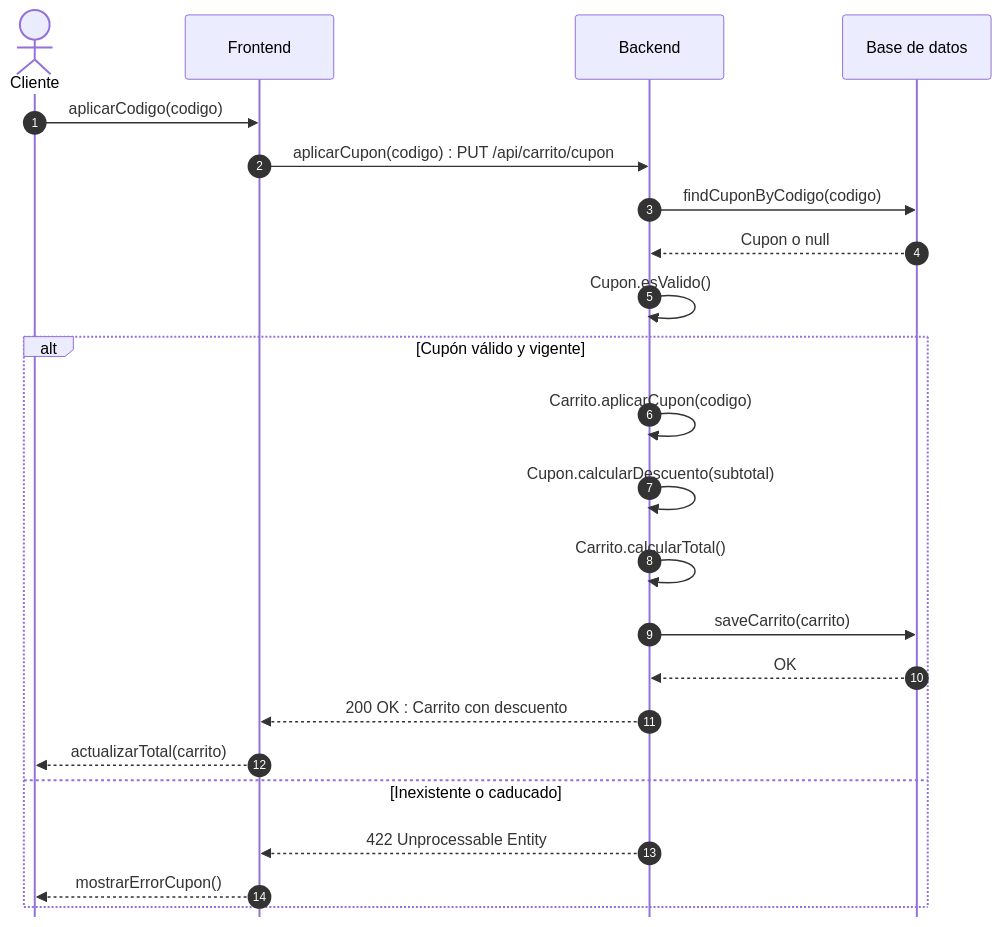
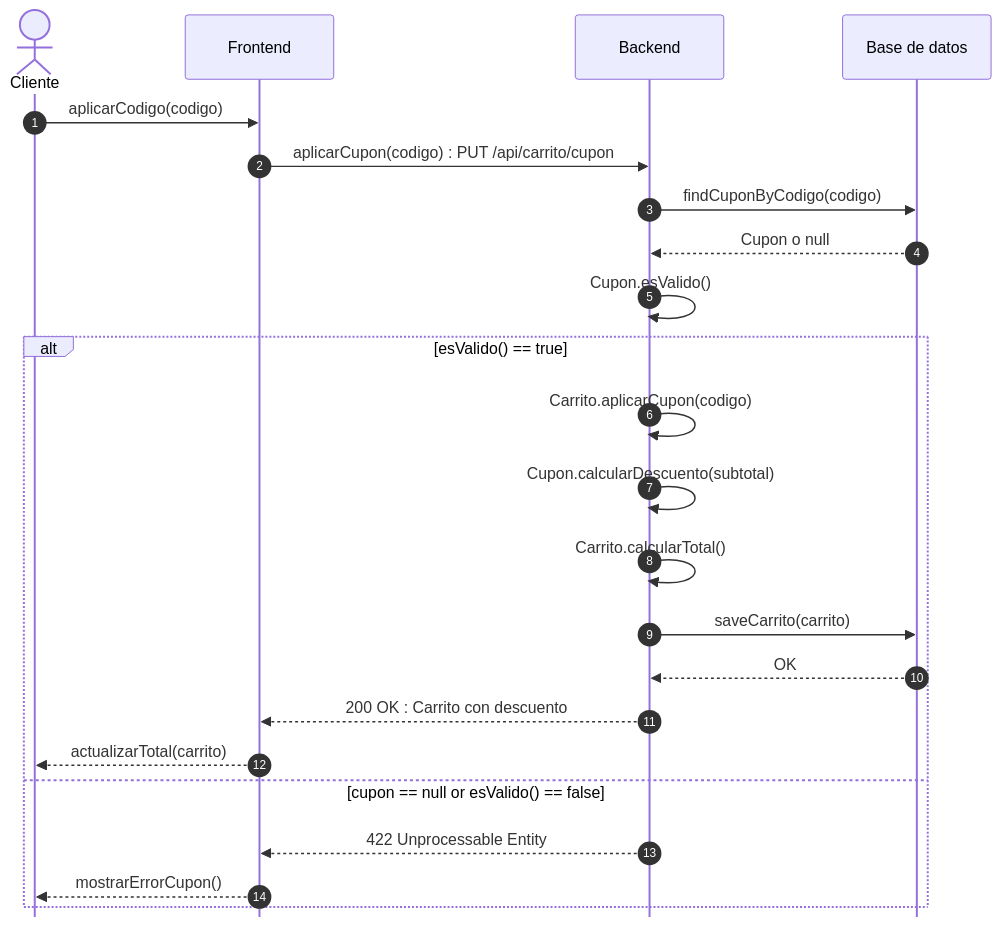
The diagram in Practica3_G11_LaTeX/codigo/sec_us09.mmd (ajgarciarias10/PR3GPS), drawn with Mermaid before and after one commit. The commit also changed 22 other files, not shown here.

```diff
--- a/Practica3_G11_LaTeX/codigo/sec_us09.mmd
+++ b/Practica3_G11_LaTeX/codigo/sec_us09.mmd
@@ -1,24 +1,24 @@
 %%{init: {'sequence': {'mirrorActors': false}}}%%
 sequenceDiagram
     autonumber
     actor U as Cliente
     participant FE as Frontend
     participant BE as Backend
     participant DB as Base de datos
     U->>FE: aplicarCodigo(codigo)
     FE->>BE: aplicarCupon(codigo) : PUT /api/carrito/cupon
     BE->>DB: findCuponByCodigo(codigo)
     DB-->>BE: Cupon o null
     BE->>BE: Cupon.esValido()
-    alt Cupón válido y vigente
+    alt esValido() == true
         BE->>BE: Carrito.aplicarCupon(codigo)
         BE->>BE: Cupon.calcularDescuento(subtotal)
         BE->>BE: Carrito.calcularTotal()
         BE->>DB: saveCarrito(carrito)
         DB-->>BE: OK
         BE-->>FE: 200 OK : Carrito con descuento
         FE-->>U: actualizarTotal(carrito)
-    else Inexistente o caducado
+    else cupon == null or esValido() == false
         BE-->>FE: 422 Unprocessable Entity
         FE-->>U: mostrarErrorCupon()
     end
```
